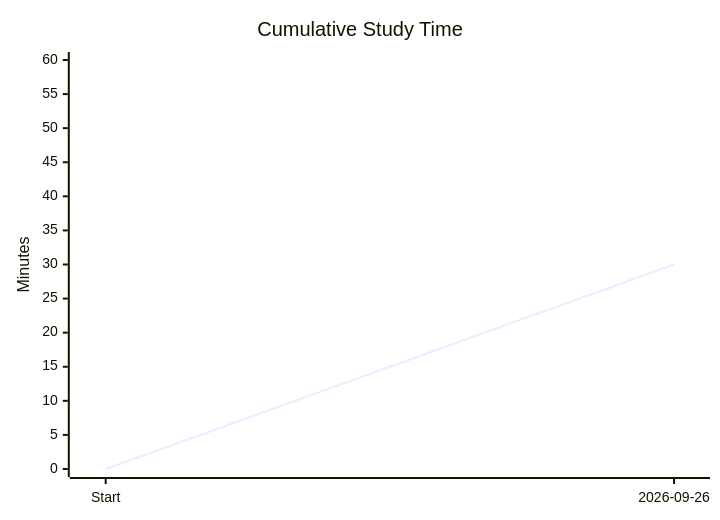
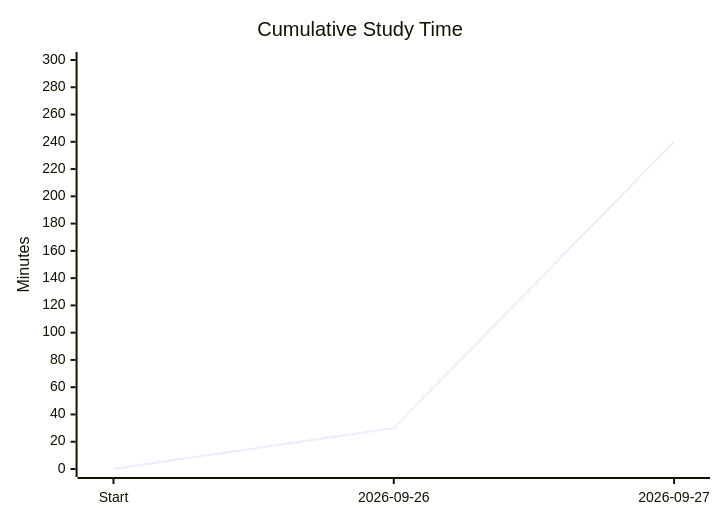
The first of 3 diagrams in learning-system/progress/PROGRESS.md (Muazislam/FullStack-Engineering-Education), drawn with Mermaid before and after one commit. The commit also changed other lines of this file and 2 other files, not shown here.

````diff
--- a/learning-system/progress/PROGRESS.md
+++ b/learning-system/progress/PROGRESS.md
@@ -72,7 +72,7 @@
 ```mermaid
 xychart-beta
   title "Cumulative Study Time"
-  x-axis ["Start", "2026-09-26"]
-  y-axis "Minutes" 0 --> 60
-  line [0, 30]
+  x-axis ["Start", "2026-09-26", "2026-09-27"]
+  y-axis "Minutes" 0 --> 300
+  line [0, 30, 240]
 ```
````
